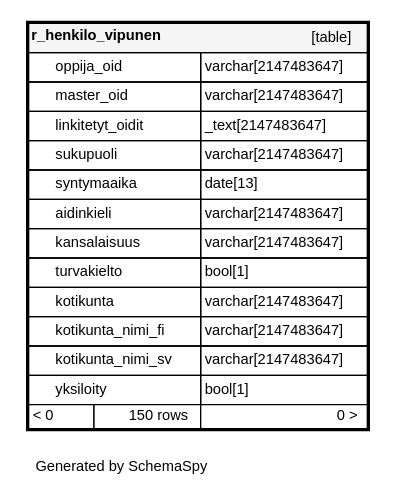
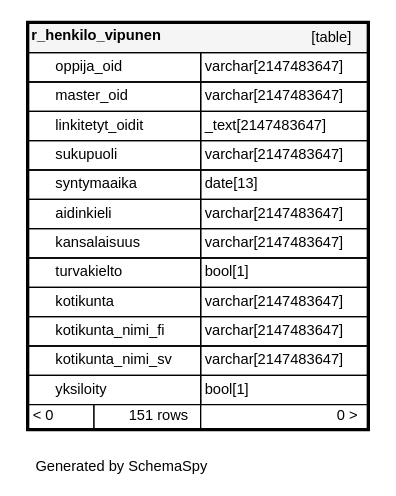
The diagram in documentation/tietokantaskeemat/koski-raportointikanta/diagrams/tables/r_henkilo_vipunen.1degree.dot (Opetushallitus/koski), drawn with Graphviz before and after one commit. The commit also changed 137 other files, not shown here.

```diff
--- a/documentation/tietokantaskeemat/koski-raportointikanta/diagrams/tables/r_henkilo_vipunen.1degree.dot
+++ b/documentation/tietokantaskeemat/koski-raportointikanta/diagrams/tables/r_henkilo_vipunen.1degree.dot
@@ -1,25 +1,25 @@
 digraph "oneDegreeRelationshipsDiagram" {
   graph [    rankdir="RL"    bgcolor="#ffffff"    label="\nGenerated by SchemaSpy"    labeljust="l"    nodesep="0.18"    ranksep="0.46"    fontname="Helvetica"    fontsize="11"    ration="compress"  ];  node [    fontname="Helvetica"    fontsize="11"    shape="plaintext"  ];  edge [    arrowsize="0.8"  ];
   "r_henkilo_vipunen" [
    label=<
     <TABLE BORDER="2" CELLBORDER="1" CELLSPACING="0" BGCOLOR="#ffffff">
       <TR><TD COLSPAN="4"  BGCOLOR="#f5f5f5"><TABLE BORDER="0" CELLSPACING="0"><TR><TD ALIGN="LEFT" FIXEDSIZE="TRUE" WIDTH="108" HEIGHT="16"><B>r_henkilo_vipunen</B></TD><TD ALIGN="RIGHT">[table]</TD></TR></TABLE></TD></TR>
       <TR><TD PORT="oppija_oid" COLSPAN="2" ALIGN="LEFT"><TABLE BORDER="0" CELLSPACING="0" ALIGN="LEFT"><TR ALIGN="LEFT"><TD ALIGN="LEFT" FIXEDSIZE="TRUE" WIDTH="15" HEIGHT="16"></TD><TD ALIGN="LEFT" FIXEDSIZE="TRUE" WIDTH="108" HEIGHT="16">oppija_oid</TD></TR></TABLE></TD><TD PORT="oppija_oid.type" ALIGN="LEFT">varchar[2147483647]</TD></TR>
       <TR><TD PORT="master_oid" COLSPAN="2" ALIGN="LEFT"><TABLE BORDER="0" CELLSPACING="0" ALIGN="LEFT"><TR ALIGN="LEFT"><TD ALIGN="LEFT" FIXEDSIZE="TRUE" WIDTH="15" HEIGHT="16"></TD><TD ALIGN="LEFT" FIXEDSIZE="TRUE" WIDTH="108" HEIGHT="16">master_oid</TD></TR></TABLE></TD><TD PORT="master_oid.type" ALIGN="LEFT">varchar[2147483647]</TD></TR>
       <TR><TD PORT="linkitetyt_oidit" COLSPAN="2" ALIGN="LEFT"><TABLE BORDER="0" CELLSPACING="0" ALIGN="LEFT"><TR ALIGN="LEFT"><TD ALIGN="LEFT" FIXEDSIZE="TRUE" WIDTH="15" HEIGHT="16"></TD><TD ALIGN="LEFT" FIXEDSIZE="TRUE" WIDTH="108" HEIGHT="16">linkitetyt_oidit</TD></TR></TABLE></TD><TD PORT="linkitetyt_oidit.type" ALIGN="LEFT">_text[2147483647]</TD></TR>
       <TR><TD PORT="sukupuoli" COLSPAN="2" ALIGN="LEFT"><TABLE BORDER="0" CELLSPACING="0" ALIGN="LEFT"><TR ALIGN="LEFT"><TD ALIGN="LEFT" FIXEDSIZE="TRUE" WIDTH="15" HEIGHT="16"></TD><TD ALIGN="LEFT" FIXEDSIZE="TRUE" WIDTH="108" HEIGHT="16">sukupuoli</TD></TR></TABLE></TD><TD PORT="sukupuoli.type" ALIGN="LEFT">varchar[2147483647]</TD></TR>
       <TR><TD PORT="syntymaaika" COLSPAN="2" ALIGN="LEFT"><TABLE BORDER="0" CELLSPACING="0" ALIGN="LEFT"><TR ALIGN="LEFT"><TD ALIGN="LEFT" FIXEDSIZE="TRUE" WIDTH="15" HEIGHT="16"></TD><TD ALIGN="LEFT" FIXEDSIZE="TRUE" WIDTH="108" HEIGHT="16">syntymaaika</TD></TR></TABLE></TD><TD PORT="syntymaaika.type" ALIGN="LEFT">date[13]</TD></TR>
       <TR><TD PORT="aidinkieli" COLSPAN="2" ALIGN="LEFT"><TABLE BORDER="0" CELLSPACING="0" ALIGN="LEFT"><TR ALIGN="LEFT"><TD ALIGN="LEFT" FIXEDSIZE="TRUE" WIDTH="15" HEIGHT="16"></TD><TD ALIGN="LEFT" FIXEDSIZE="TRUE" WIDTH="108" HEIGHT="16">aidinkieli</TD></TR></TABLE></TD><TD PORT="aidinkieli.type" ALIGN="LEFT">varchar[2147483647]</TD></TR>
       <TR><TD PORT="kansalaisuus" COLSPAN="2" ALIGN="LEFT"><TABLE BORDER="0" CELLSPACING="0" ALIGN="LEFT"><TR ALIGN="LEFT"><TD ALIGN="LEFT" FIXEDSIZE="TRUE" WIDTH="15" HEIGHT="16"></TD><TD ALIGN="LEFT" FIXEDSIZE="TRUE" WIDTH="108" HEIGHT="16">kansalaisuus</TD></TR></TABLE></TD><TD PORT="kansalaisuus.type" ALIGN="LEFT">varchar[2147483647]</TD></TR>
       <TR><TD PORT="turvakielto" COLSPAN="2" ALIGN="LEFT"><TABLE BORDER="0" CELLSPACING="0" ALIGN="LEFT"><TR ALIGN="LEFT"><TD ALIGN="LEFT" FIXEDSIZE="TRUE" WIDTH="15" HEIGHT="16"></TD><TD ALIGN="LEFT" FIXEDSIZE="TRUE" WIDTH="108" HEIGHT="16">turvakielto</TD></TR></TABLE></TD><TD PORT="turvakielto.type" ALIGN="LEFT">bool[1]</TD></TR>
       <TR><TD PORT="kotikunta" COLSPAN="2" ALIGN="LEFT"><TABLE BORDER="0" CELLSPACING="0" ALIGN="LEFT"><TR ALIGN="LEFT"><TD ALIGN="LEFT" FIXEDSIZE="TRUE" WIDTH="15" HEIGHT="16"></TD><TD ALIGN="LEFT" FIXEDSIZE="TRUE" WIDTH="108" HEIGHT="16">kotikunta</TD></TR></TABLE></TD><TD PORT="kotikunta.type" ALIGN="LEFT">varchar[2147483647]</TD></TR>
       <TR><TD PORT="kotikunta_nimi_fi" COLSPAN="2" ALIGN="LEFT"><TABLE BORDER="0" CELLSPACING="0" ALIGN="LEFT"><TR ALIGN="LEFT"><TD ALIGN="LEFT" FIXEDSIZE="TRUE" WIDTH="15" HEIGHT="16"></TD><TD ALIGN="LEFT" FIXEDSIZE="TRUE" WIDTH="108" HEIGHT="16">kotikunta_nimi_fi</TD></TR></TABLE></TD><TD PORT="kotikunta_nimi_fi.type" ALIGN="LEFT">varchar[2147483647]</TD></TR>
       <TR><TD PORT="kotikunta_nimi_sv" COLSPAN="2" ALIGN="LEFT"><TABLE BORDER="0" CELLSPACING="0" ALIGN="LEFT"><TR ALIGN="LEFT"><TD ALIGN="LEFT" FIXEDSIZE="TRUE" WIDTH="15" HEIGHT="16"></TD><TD ALIGN="LEFT" FIXEDSIZE="TRUE" WIDTH="108" HEIGHT="16">kotikunta_nimi_sv</TD></TR></TABLE></TD><TD PORT="kotikunta_nimi_sv.type" ALIGN="LEFT">varchar[2147483647]</TD></TR>
       <TR><TD PORT="yksiloity" COLSPAN="2" ALIGN="LEFT"><TABLE BORDER="0" CELLSPACING="0" ALIGN="LEFT"><TR ALIGN="LEFT"><TD ALIGN="LEFT" FIXEDSIZE="TRUE" WIDTH="15" HEIGHT="16"></TD><TD ALIGN="LEFT" FIXEDSIZE="TRUE" WIDTH="108" HEIGHT="16">yksiloity</TD></TR></TABLE></TD><TD PORT="yksiloity.type" ALIGN="LEFT">bool[1]</TD></TR>
-      <TR><TD ALIGN="LEFT" BGCOLOR="#ffffff">&lt; 0</TD><TD ALIGN="RIGHT" BGCOLOR="#ffffff">150 rows</TD><TD ALIGN="RIGHT" BGCOLOR="#ffffff">0 &gt;</TD></TR>
+      <TR><TD ALIGN="LEFT" BGCOLOR="#ffffff">&lt; 0</TD><TD ALIGN="RIGHT" BGCOLOR="#ffffff">151 rows</TD><TD ALIGN="RIGHT" BGCOLOR="#ffffff">0 &gt;</TD></TR>
     </TABLE>>
     URL="../../tables/r_henkilo_vipunen.html"
     target="_top"
     tooltip="r_henkilo_vipunen"
   ];
 }
```
